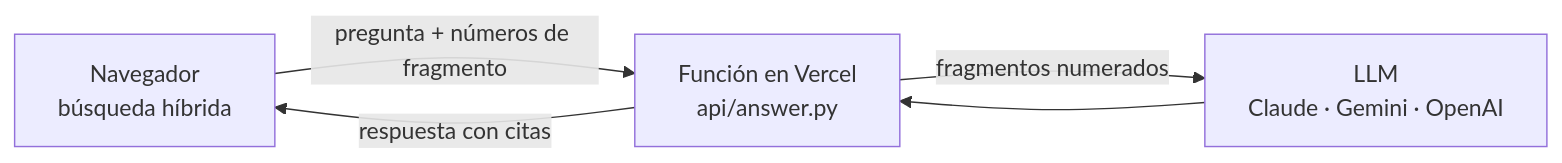
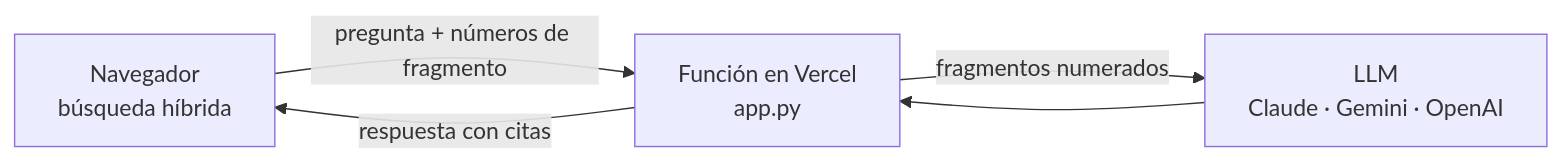
Before and after one commit to Andres-DLT/fundamenta-rag: the diagram in docs/despliegue.md, drawn with Mermaid. The commit also changed 8 other files, not shown here.

First line of the commit message:
Función de generación como aplicación WSGI en app.py (#4)

````diff
--- a/docs/despliegue.md
+++ b/docs/despliegue.md
@@ -43,6 +43,6 @@
 ```mermaid
 flowchart LR
-    N[Navegador<br/>búsqueda híbrida] -- pregunta + números de fragmento --> F[Función en Vercel<br/>api/answer.py]
+    N[Navegador<br/>búsqueda híbrida] -- pregunta + números de fragmento --> F[Función en Vercel<br/>app.py]
     F -- fragmentos numerados --> C[LLM<br/>Claude · Gemini · OpenAI]
     C --> F -- respuesta con citas --> N
 ```
````
